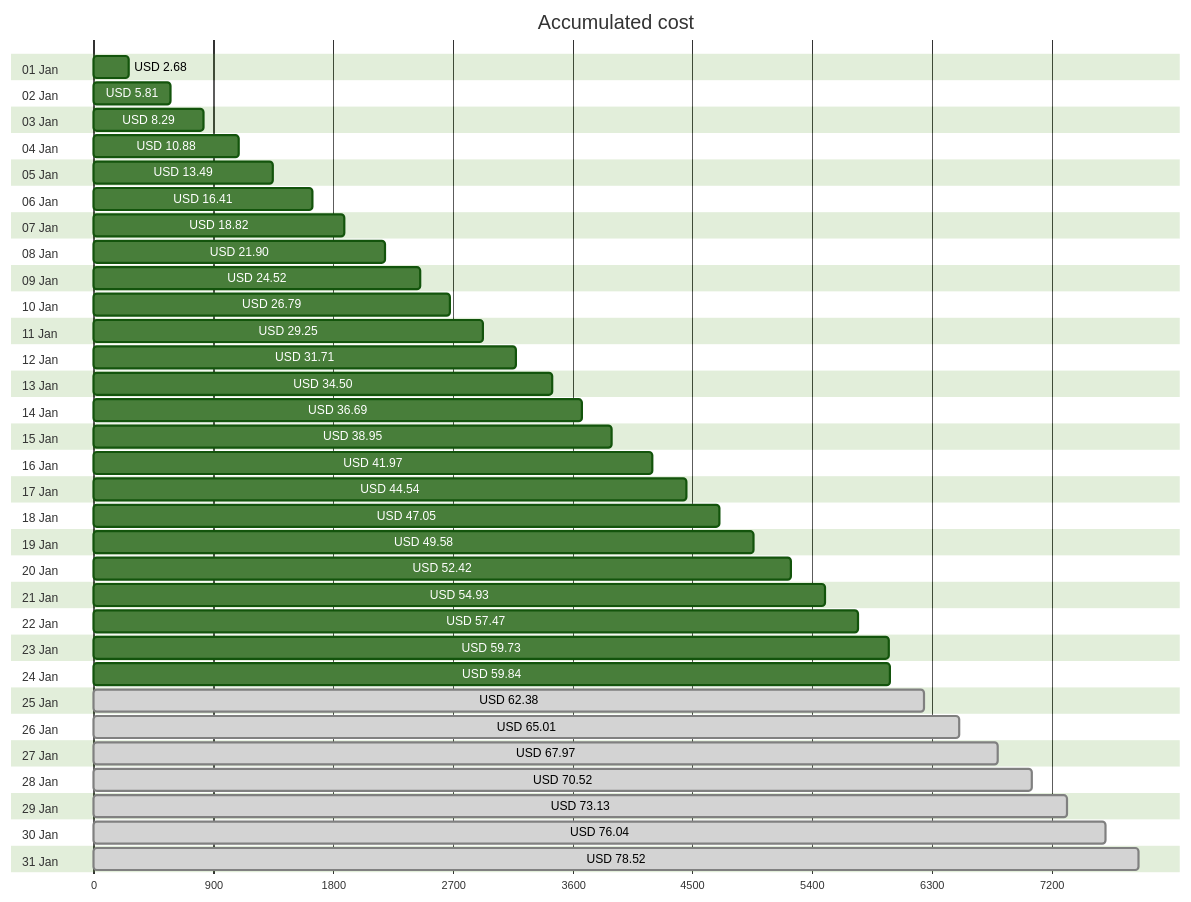
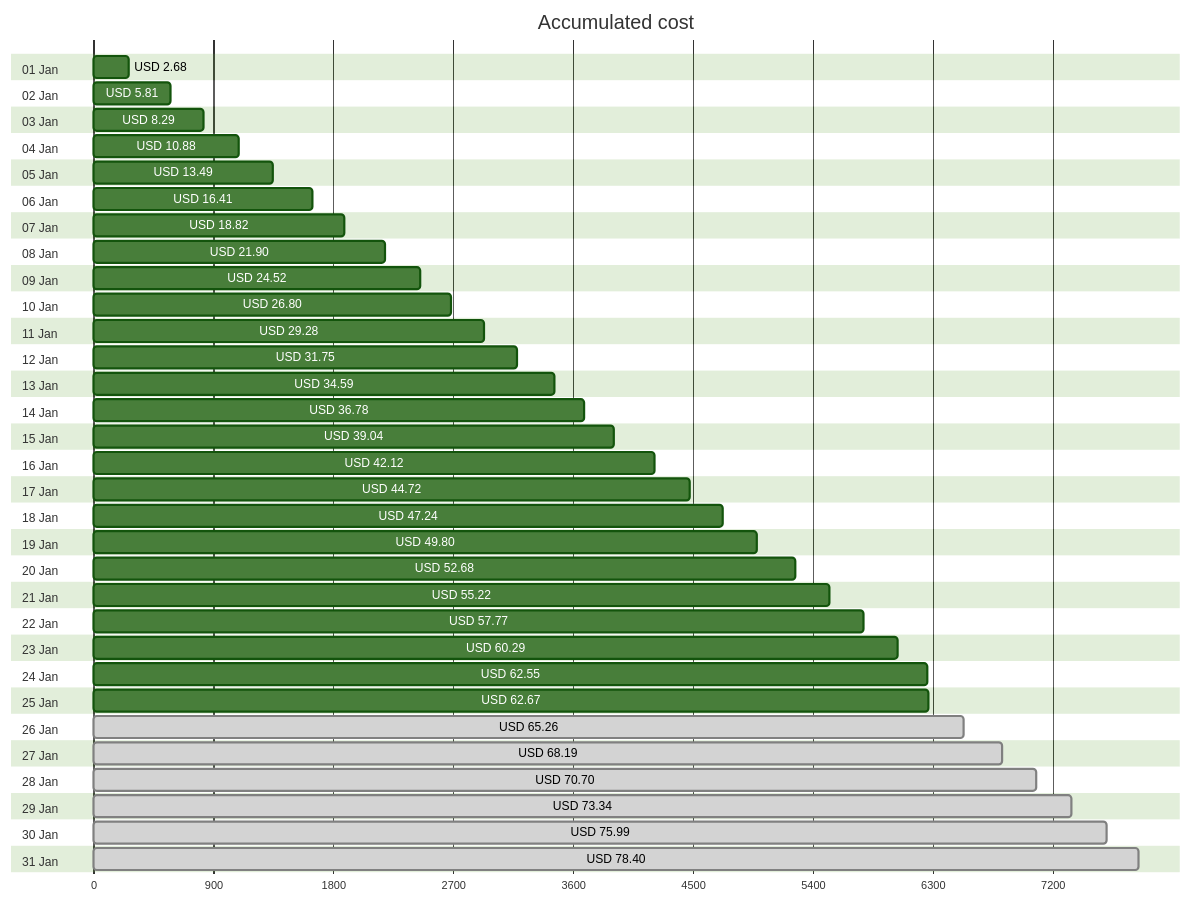
One commit to jpfulton/azure-personal-reports changed the first of 4 diagrams in cost-reports/accumulated-cost.md. Above: the diagram before and after it, drawn with Mermaid (forest theme). The commit also changed other lines of this file and 4 other files, not shown here.

````diff
--- a/cost-reports/accumulated-cost.md
+++ b/cost-reports/accumulated-cost.md
@@ -20,68 +20,68 @@
 ```mermaid
 gantt
    title Accumulated cost
    dateFormat  X
    axisFormat %s
    section 01 Jan
    USD 2.68 :0, 268
    section 02 Jan
    USD 5.81 :0, 581
    section 03 Jan
    USD 8.29 :0, 829
    section 04 Jan
    USD 10.88 :0, 1088
    section 05 Jan
    USD 13.49 :0, 1349
    section 06 Jan
    USD 16.41 :0, 1641
    section 07 Jan
    USD 18.82 :0, 1882
    section 08 Jan
    USD 21.90 :0, 2190
    section 09 Jan
    USD 24.52 :0, 2452
    section 10 Jan
-   USD 26.79 :0, 2679
+   USD 26.80 :0, 2680
    section 11 Jan
-   USD 29.25 :0, 2925
+   USD 29.28 :0, 2928
    section 12 Jan
-   USD 31.71 :0, 3171
+   USD 31.75 :0, 3175
    section 13 Jan
-   USD 34.50 :0, 3450
+   USD 34.59 :0, 3459
    section 14 Jan
-   USD 36.69 :0, 3669
+   USD 36.78 :0, 3678
    section 15 Jan
-   USD 38.95 :0, 3895
+   USD 39.04 :0, 3904
    section 16 Jan
-   USD 41.97 :0, 4197
+   USD 42.12 :0, 4212
    section 17 Jan
-   USD 44.54 :0, 4454
+   USD 44.72 :0, 4472
    section 18 Jan
-   USD 47.05 :0, 4705
+   USD 47.24 :0, 4724
    section 19 Jan
-   USD 49.58 :0, 4958
+   USD 49.80 :0, 4980
    section 20 Jan
-   USD 52.42 :0, 5242
+   USD 52.68 :0, 5268
    section 21 Jan
-   USD 54.93 :0, 5493
+   USD 55.22 :0, 5522
    section 22 Jan
-   USD 57.47 :0, 5747
+   USD 57.77 :0, 5777
    section 23 Jan
-   USD 59.73 :0, 5973
+   USD 60.29 :0, 6029
    section 24 Jan
-   USD 59.84 :0, 5984
+   USD 62.55 :0, 6255
    section 25 Jan
-   USD 62.38 : done, 0, 6238
+   USD 62.67 :0, 6267
    section 26 Jan
-   USD 65.01 : done, 0, 6501
+   USD 65.26 : done, 0, 6526
    section 27 Jan
-   USD 67.97 : done, 0, 6797
+   USD 68.19 : done, 0, 6819
    section 28 Jan
-   USD 70.52 : done, 0, 7052
+   USD 70.70 : done, 0, 7070
    section 29 Jan
-   USD 73.13 : done, 0, 7313
+   USD 73.34 : done, 0, 7334
    section 30 Jan
-   USD 76.04 : done, 0, 7604
+   USD 75.99 : done, 0, 7599
    section 31 Jan
-   USD 78.52 : done, 0, 7852
+   USD 78.40 : done, 0, 7840
 ```
````
